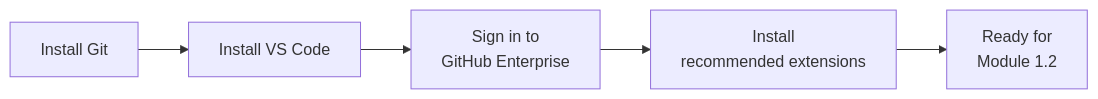
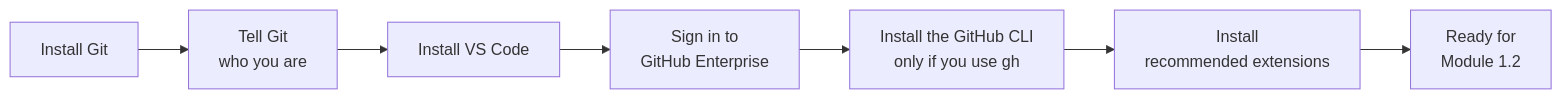
The first of 2 diagrams in education/0_prerequisites/setup-local-dev-environment.md (JeanKadang/DOC-GitHub-Practice-Skills), drawn with Mermaid before and after one commit. The commit also changed other lines of this file and 3 other files, not shown here.

````diff
--- a/education/0_prerequisites/setup-local-dev-environment.md
+++ b/education/0_prerequisites/setup-local-dev-environment.md
@@ -21,7 +22,9 @@
 ```mermaid
 flowchart LR
-    A[Install Git] --> B[Install VS Code]
-    B --> C[Sign in to<br/>GitHub Enterprise]
-    C --> D[Install<br/>recommended extensions]
-    D --> E[Ready for<br/>Module 1.2]
+    A[Install Git] --> B[Tell Git<br/>who you are]
+    B --> C[Install VS Code]
+    C --> D[Sign in to<br/>GitHub Enterprise]
+    D --> E[Install the GitHub CLI<br/>only if you use gh]
+    E --> F[Install<br/>recommended extensions]
+    F --> G[Ready for<br/>Module 1.2]
 ```
````
